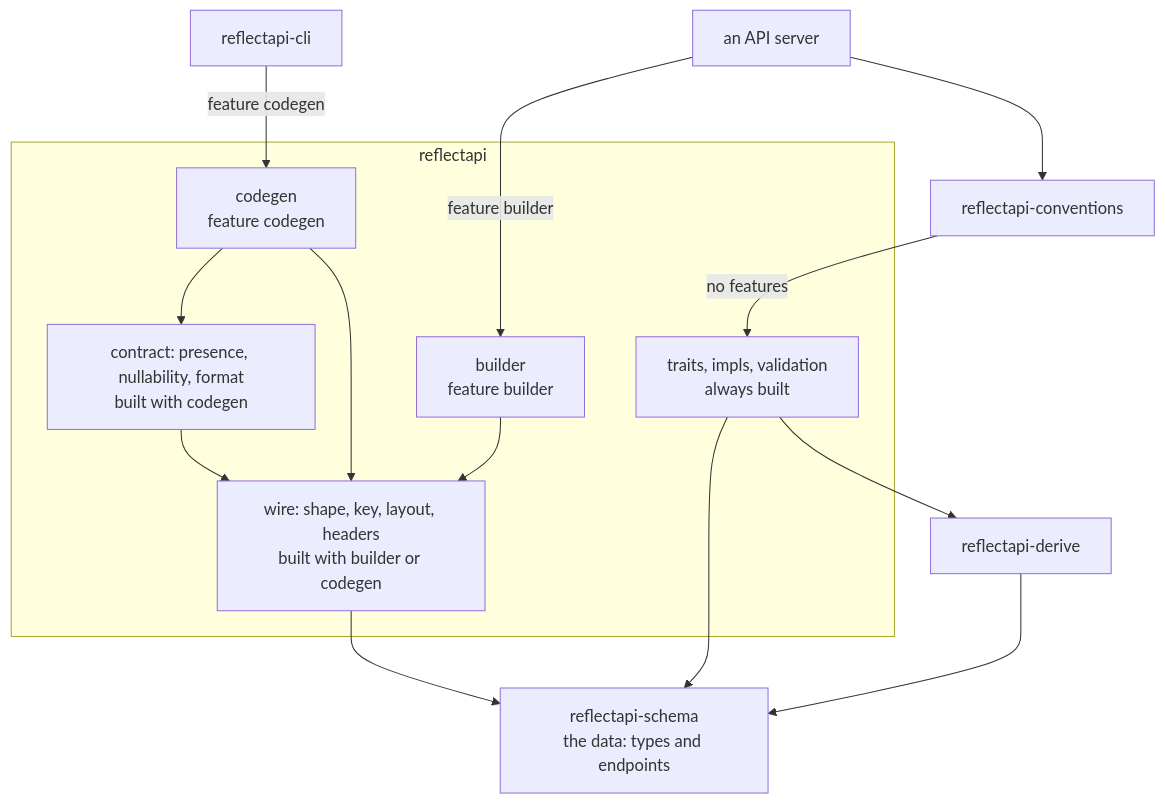
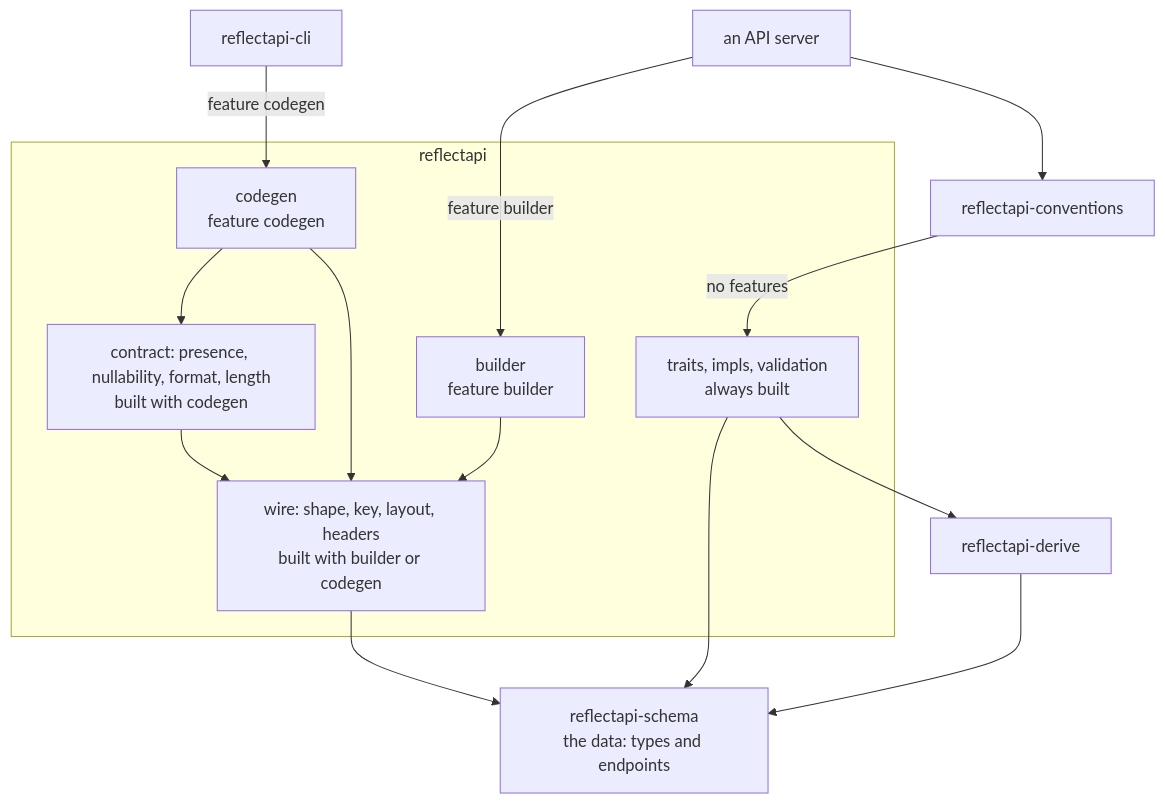
Before and after one commit to thepartly/reflectapi: the diagram in docs/src/architecture.md, drawn with Mermaid. The commit also changed other lines of this file and 27 other files, not shown here.

````diff
--- a/docs/src/architecture.md
+++ b/docs/src/architecture.md
@@ -39,35 +39,35 @@
 ```mermaid
 flowchart TB
   cli["reflectapi-cli"]
   server["an API server"]
   conv["reflectapi-conventions"]
 
   subgraph sgApi["reflectapi"]
     builder["builder<br/>feature builder"]
     codegen["codegen<br/>feature codegen"]
-    contract["contract: presence, nullability, format<br/>built with codegen"]
+    contract["contract: presence, nullability, format, length<br/>built with codegen"]
     wire["wire: shape, key, layout, headers<br/>built with builder or codegen"]
     core["traits, impls, validation<br/>always built"]
   end
 
   derive["reflectapi-derive"]
   schema["reflectapi-schema<br/>the data: types and endpoints"]
 
   server -->|"feature builder"| builder
   server --> conv
   cli -->|"feature codegen"| codegen
   conv -->|"no features"| core
 
   builder --> wire
   codegen --> contract
   codegen --> wire
   contract --> wire
 
   wire --> schema
   core --> schema
   core --> derive
   derive --> schema
 
   class wire,contract accent
   class cli,server,conv,derive,schema crate
 ```
````
